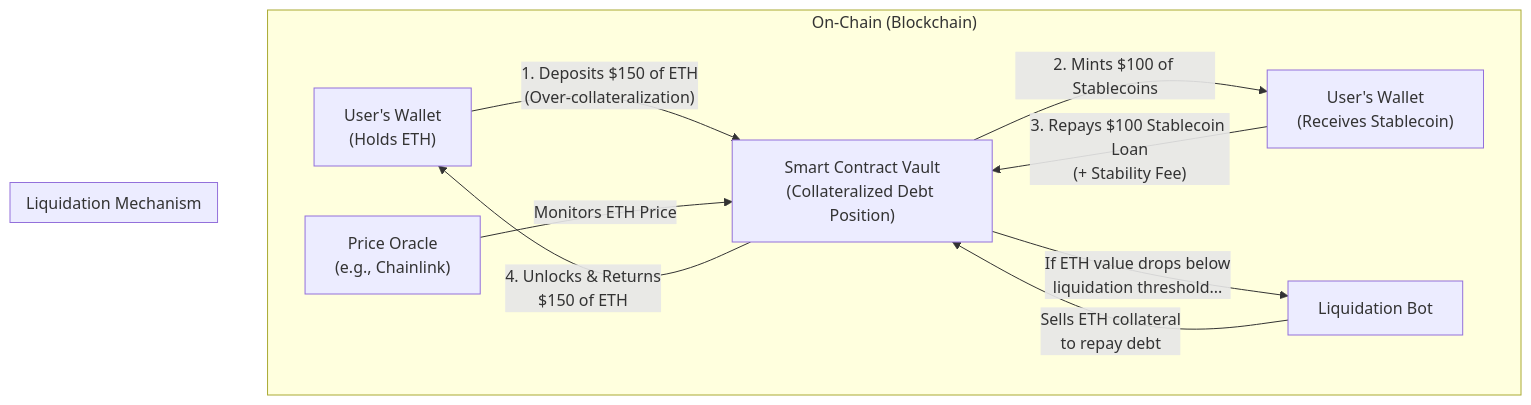
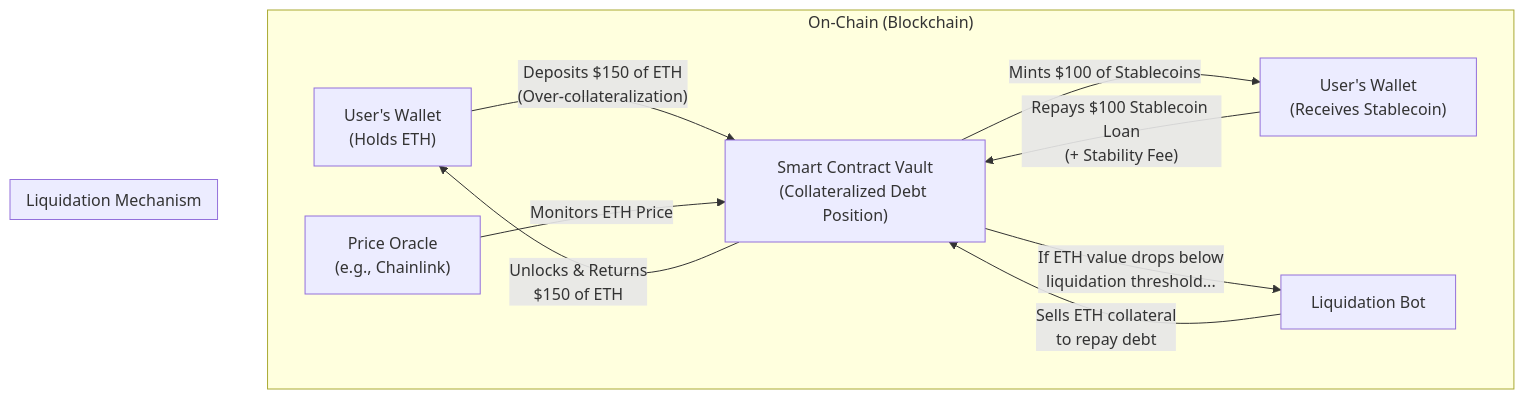
Before and after one commit to ewvanwinkle/stablecoin-research: the second of 2 diagrams in Part1_Foundational_Concepts/02_Types_of_Stablecoins.md, drawn with Mermaid. The commit also changed other lines of this file, not shown here.

````diff
--- a/Part1_Foundational_Concepts/02_Types_of_Stablecoins.md
+++ b/Part1_Foundational_Concepts/02_Types_of_Stablecoins.md
@@ -50,22 +50,22 @@
 ```mermaid
 graph TD
     subgraph "On-Chain (Blockchain)"
         A["User's Wallet<br/>(Holds ETH)"]
         B["Smart Contract Vault<br/>(Collateralized Debt Position)"]
         C["User's Wallet<br/>(Receives Stablecoin)"]
         D["Price Oracle<br/>(e.g., Chainlink)"]
         E["Liquidation Bot"]
     end
 
-    A -- "1. Deposits $150 of ETH<br/>(Over-collateralization)" --> B
-    B -- "2. Mints $100 of Stablecoins" --> C
+    A -- "Deposits $150 of ETH<br/>(Over-collateralization)" --> B
+    B -- "Mints $100 of Stablecoins" --> C
 
-    C -- "3. Repays $100 Stablecoin Loan<br/>(+ Stability Fee)" --> B
-    B -- "4. Unlocks & Returns<br/>$150 of ETH" --> A
+    C -- "Repays $100 Stablecoin Loan<br/>(+ Stability Fee)" --> B
+    B -- "Unlocks & Returns<br/>$150 of ETH" --> A
 
     subgraph "Liquidation Mechanism"
         D -- "Monitors ETH Price" --> B
         B -- "If ETH value drops below<br/>liquidation threshold..." --> E
         E -- "Sells ETH collateral<br/>to repay debt" --> B
     end
 ```
````
